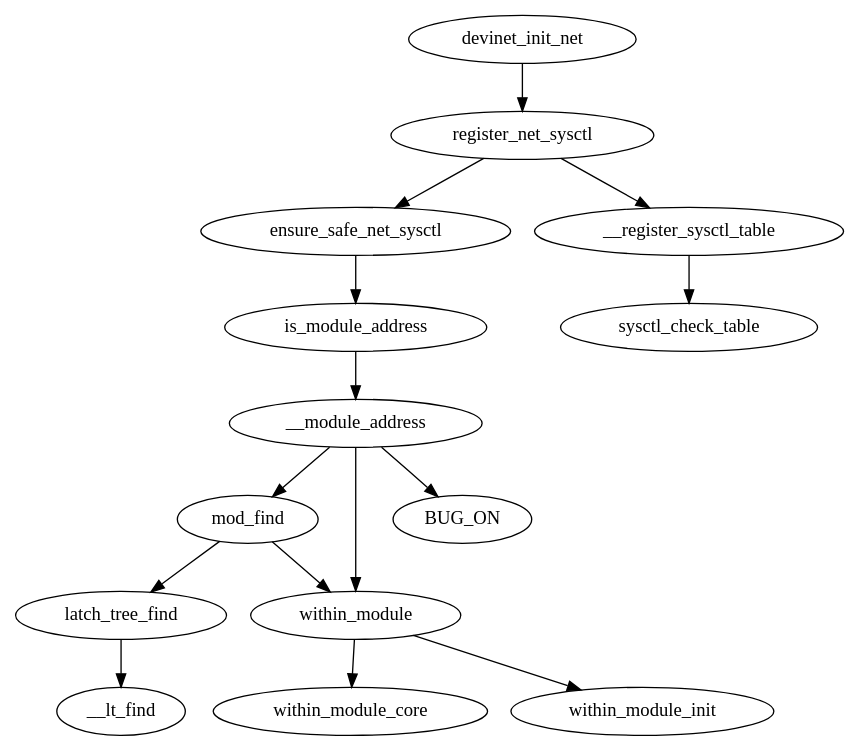
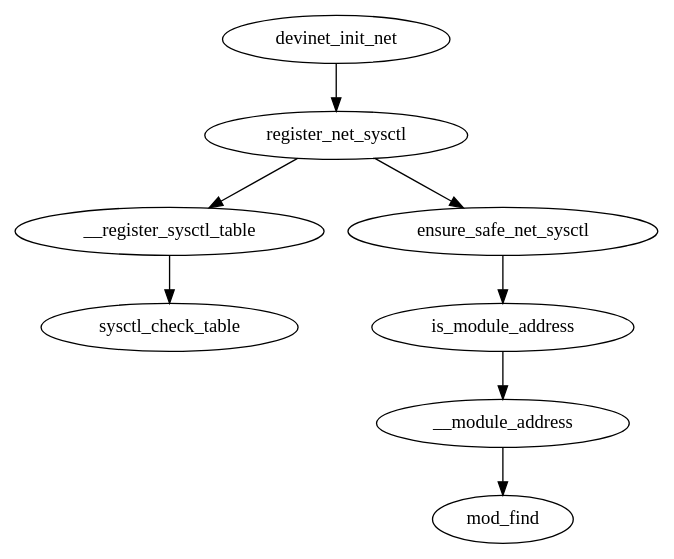
One commit to cendes/knob_graph_search changed the diagram in partial_graph_ip_forward.dot. Above: the diagram before and after it, drawn with Graphviz. The commit also changed 11 other files, not shown here.

```diff
--- a/partial_graph_ip_forward.dot
+++ b/partial_graph_ip_forward.dot
@@ -1,16 +1,9 @@
 digraph "/home/cendes/Documents/masters_thesis/ocloz/knob_graph_search/./partial_graph_ip_forward.dot" {
+	 __register_sysctl_table -> sysctl_check_table
+	 __module_address -> mod_find
+	 is_module_address -> __module_address
+	 ensure_safe_net_sysctl -> is_module_address
 	 register_net_sysctl -> ensure_safe_net_sysctl
-	 ensure_safe_net_sysctl -> is_module_address
-	 is_module_address -> __module_address
-	 latch_tree_find -> __lt_find
-	 mod_find -> latch_tree_find
-	 __module_address -> mod_find
-	 within_module -> within_module_core
-	 __module_address -> within_module
-	 mod_find -> within_module
-	 within_module -> within_module_init
-	 __module_address -> BUG_ON
 	 devinet_init_net -> register_net_sysctl
-	 __register_sysctl_table -> sysctl_check_table
 	 register_net_sysctl -> __register_sysctl_table
 }
```
